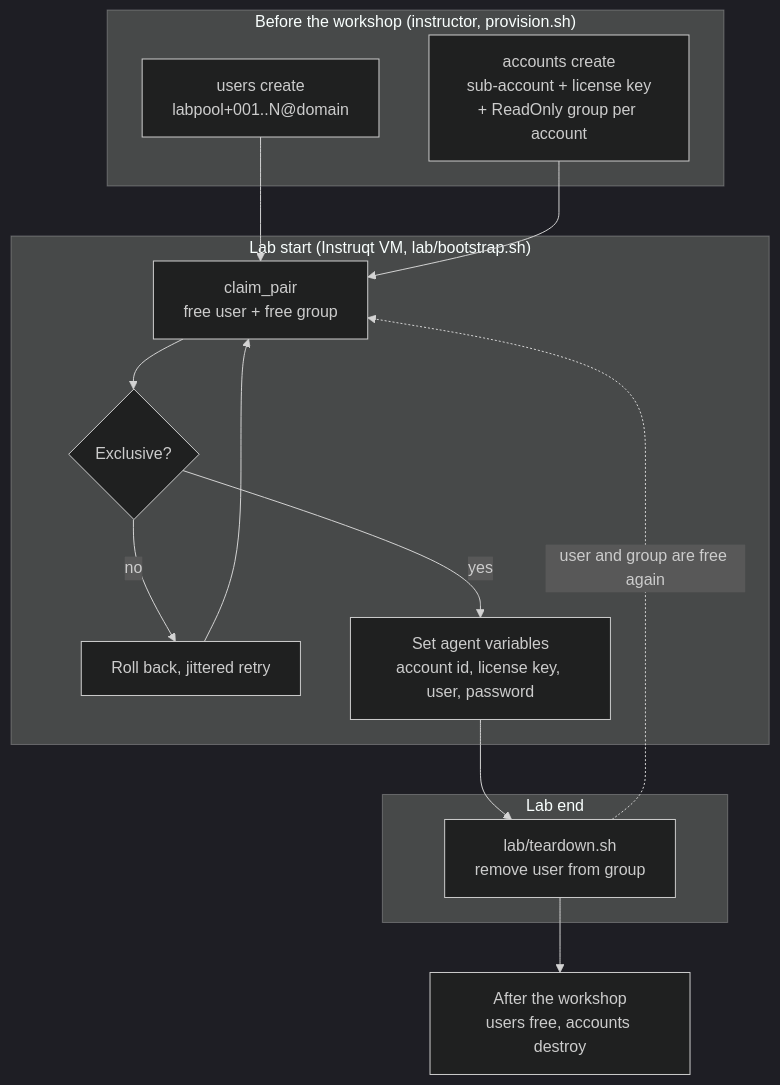
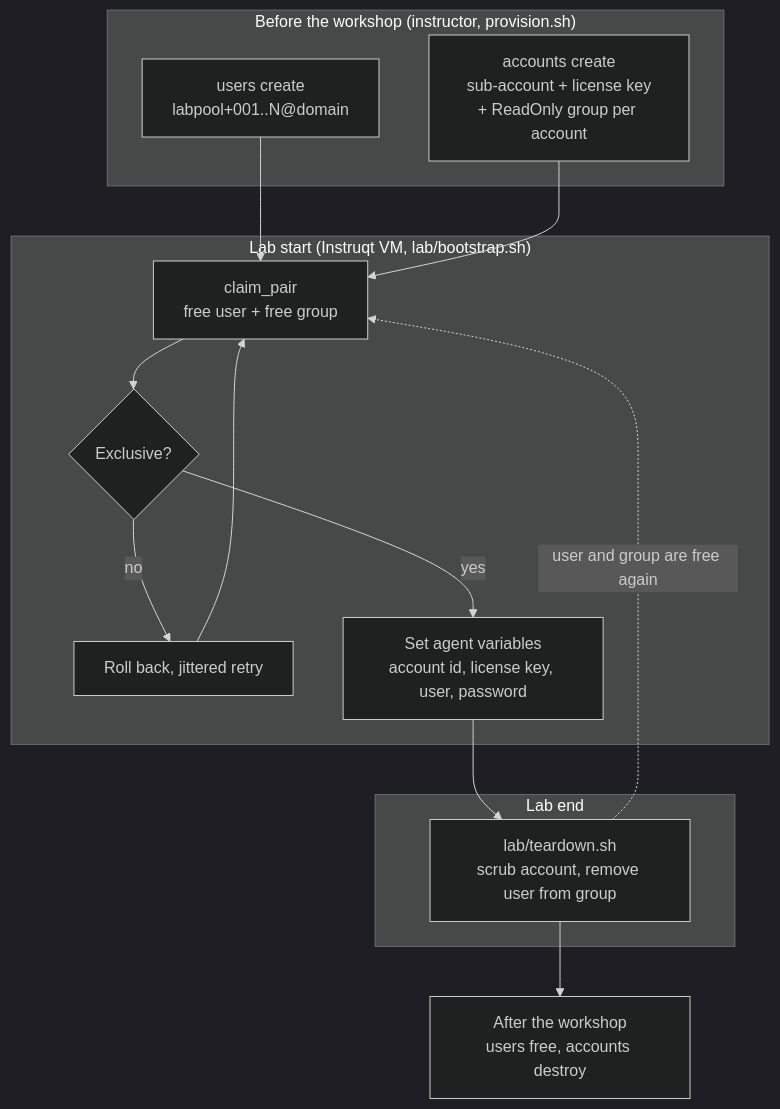
One commit to zmrfzn/workflow-automation-demo-app changed the first of 2 diagrams in pool-lab/README.md. Above: the diagram before and after it, drawn with Mermaid (dark theme). The commit also changed other lines of this file and 6 other files, not shown here.

First line of the commit message:
pool-lab: scrub lab accounts at lab end and on demand

````diff
--- a/pool-lab/README.md
+++ b/pool-lab/README.md
@@ -27,28 +27,28 @@
 ```mermaid
 flowchart TB
     subgraph before["Before the workshop (instructor, provision.sh)"]
         U["users create<br/>labpool+001..N@domain"]
         A["accounts create<br/>sub-account + license key<br/>+ ReadOnly group per account"]
     end
 
     subgraph lab["Lab start (Instruqt VM, lab/bootstrap.sh)"]
         C["claim_pair<br/>free user + free group"]
         V{"Exclusive?"}
         R["Roll back, jittered retry"]
         S["Set agent variables<br/>account id, license key, user, password"]
     end
 
     subgraph end_["Lab end"]
-        T["lab/teardown.sh<br/>remove user from group"]
+        T["lab/teardown.sh<br/>scrub account, remove user from group"]
     end
 
     after["After the workshop<br/>users free, accounts destroy"]
 
     U --> C
     A --> C
     C --> V
     V -- no --> R --> C
     V -- yes --> S --> T
     T -.->|"user and group are free again"| C
     T --> after
 ```
````
